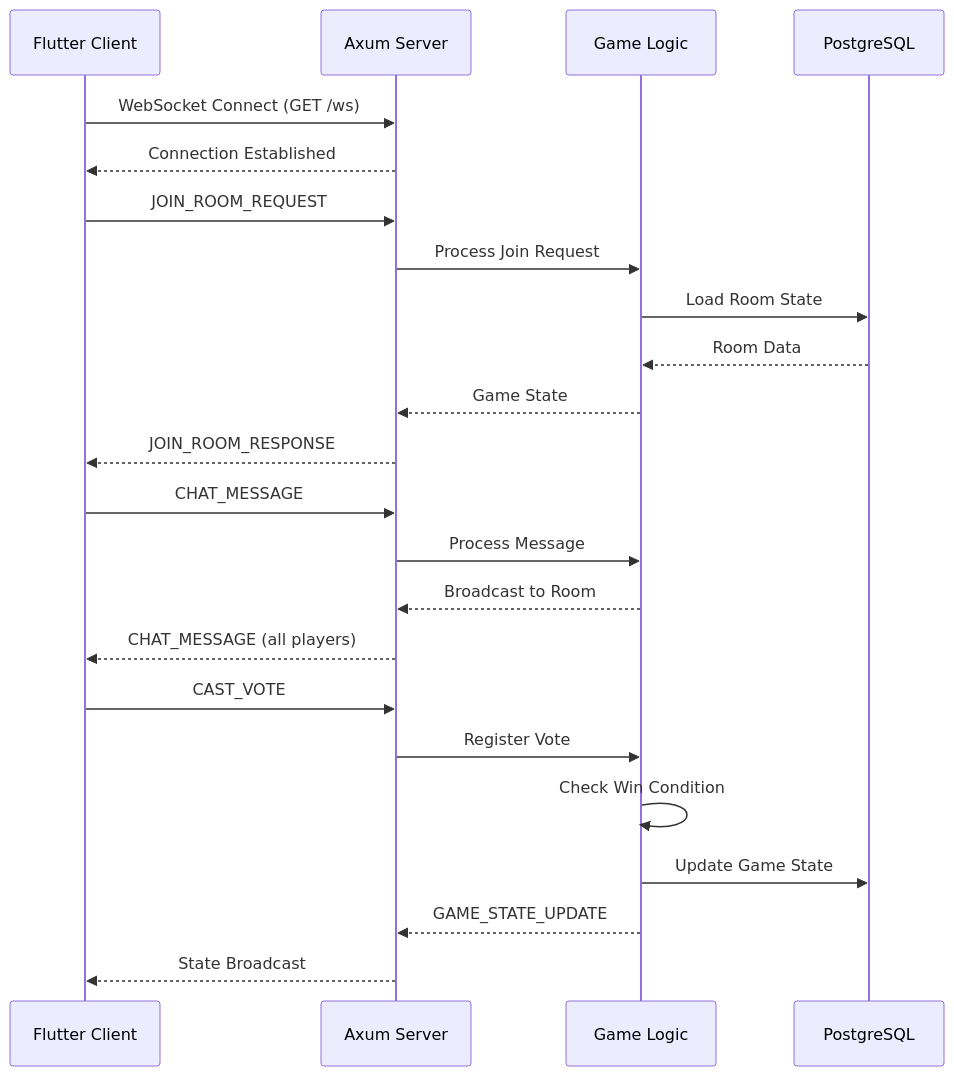
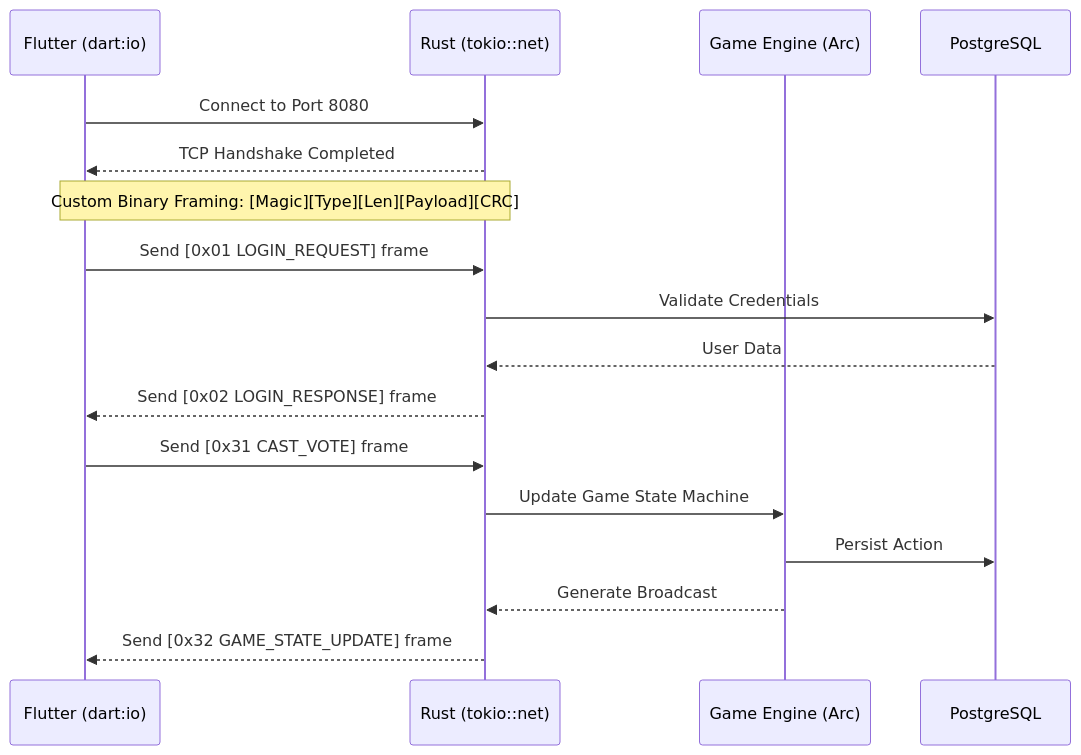
The second of 2 diagrams in docs/ARCHITECTURE.md (we9d/areyoughost), drawn with Mermaid before and after one commit. The commit also changed other lines of this file and 20 other files, not shown here.

````diff
--- a/docs/ARCHITECTURE.md
+++ b/docs/ARCHITECTURE.md
@@ -171,29 +39,23 @@
 ```mermaid
 sequenceDiagram
-    participant Client as Flutter Client
-    participant Server as Axum Server
-    participant Core as Game Logic
+    participant Client as Flutter (dart:io)
+    participant Server as Rust (tokio::net)
+    participant Core as Game Engine (Arc)
     participant DB as PostgreSQL
     
-    Client->>Server: WebSocket Connect (GET /ws)
-    Server-->>Client: Connection Established
+    Client->>Server: Connect to Port 8080
+    Server-->>Client: TCP Handshake Completed
     
-    Client->>Server: JOIN_ROOM_REQUEST
-    Server->>Core: Process Join Request
-    Core->>DB: Load Room State
-    DB-->>Core: Room Data
-    Core-->>Server: Game State
-    Server-->>Client: JOIN_ROOM_RESPONSE
+    Note over Client,Server: Custom Binary Framing: [Magic][Type][Len][Payload][CRC]
     
-    Client->>Server: CHAT_MESSAGE
-    Server->>Core: Process Message
-    Core-->>Server: Broadcast to Room
-    Server-->>Client: CHAT_MESSAGE (all players)
+    Client->>Server: Send [0x01 LOGIN_REQUEST] frame
+    Server->>DB: Validate Credentials
+    DB-->>Server: User Data
+    Server-->>Client: Send [0x02 LOGIN_RESPONSE] frame
     
-    Client->>Server: CAST_VOTE
-    Server->>Core: Register Vote
-    Core->>Core: Check Win Condition
-    Core->>DB: Update Game State
-    Core-->>Server: GAME_STATE_UPDATE
-    Server-->>Client: State Broadcast
+    Client->>Server: Send [0x31 CAST_VOTE] frame
+    Server->>Core: Update Game State Machine
+    Core->>DB: Persist Action
+    Core-->>Server: Generate Broadcast
+    Server-->>Client: Send [0x32 GAME_STATE_UPDATE] frame
 ```
````
